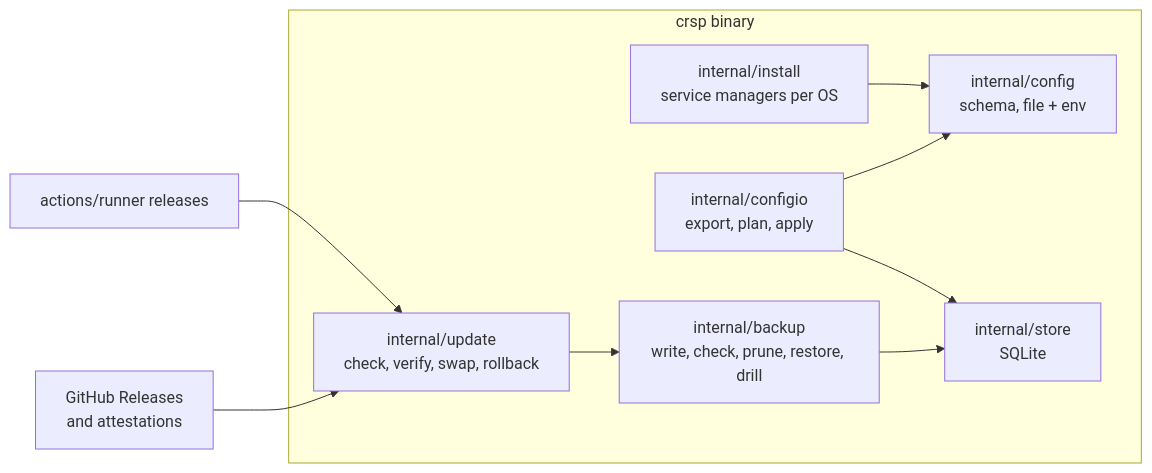
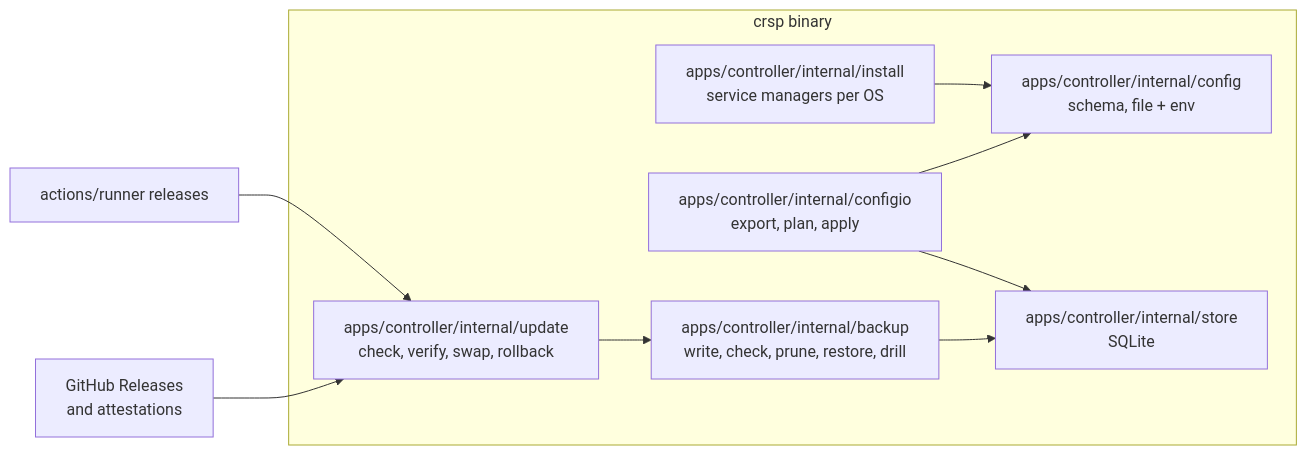
The fifth of 5 diagrams in docs/features/operations/spec.md (luis-mc/ci-runners-shared-pool), drawn with Mermaid before and after one commit. The commit also changed other lines of this file and 3388 other files, not shown here.

First line of the commit message:
CRSP306: move the Go server to apps/controller and the console to apps/controller-console (#484)

````diff
--- a/docs/features/operations/spec.md
+++ b/docs/features/operations/spec.md
@@ -413,18 +413,18 @@
 ```mermaid
 flowchart LR
   subgraph bin[crsp binary]
-    install[internal/install<br/>service managers per OS]
-    update[internal/update<br/>check, verify, swap, rollback]
-    backup[internal/backup<br/>write, check, prune, restore, drill]
-    configio[internal/configio<br/>export, plan, apply]
-    config[internal/config<br/>schema, file + env]
-    store[internal/store<br/>SQLite]
+    install[apps/controller/internal/install<br/>service managers per OS]
+    update[apps/controller/internal/update<br/>check, verify, swap, rollback]
+    backup[apps/controller/internal/backup<br/>write, check, prune, restore, drill]
+    configio[apps/controller/internal/configio<br/>export, plan, apply]
+    config[apps/controller/internal/config<br/>schema, file + env]
+    store[apps/controller/internal/store<br/>SQLite]
   end
   gh[GitHub Releases<br/>and attestations] --> update
   ghr[actions/runner releases] --> update
   update --> backup
   backup --> store
   configio --> store
   configio --> config
   install --> config
 ```
````
